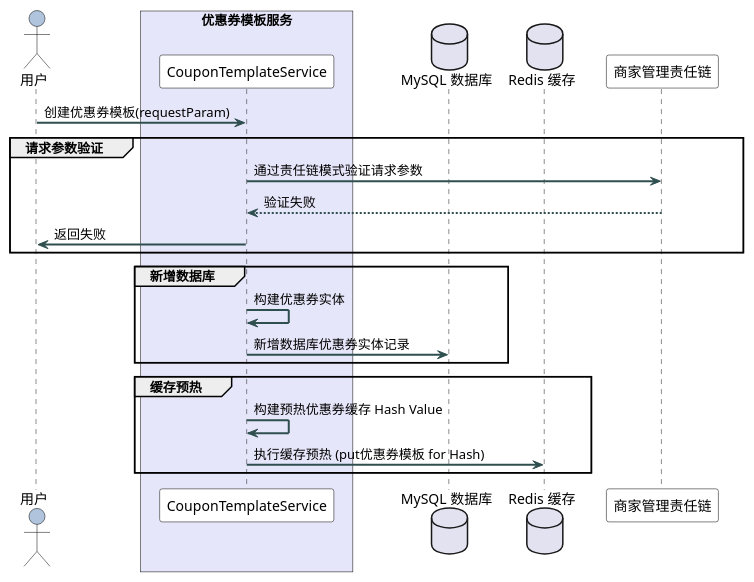
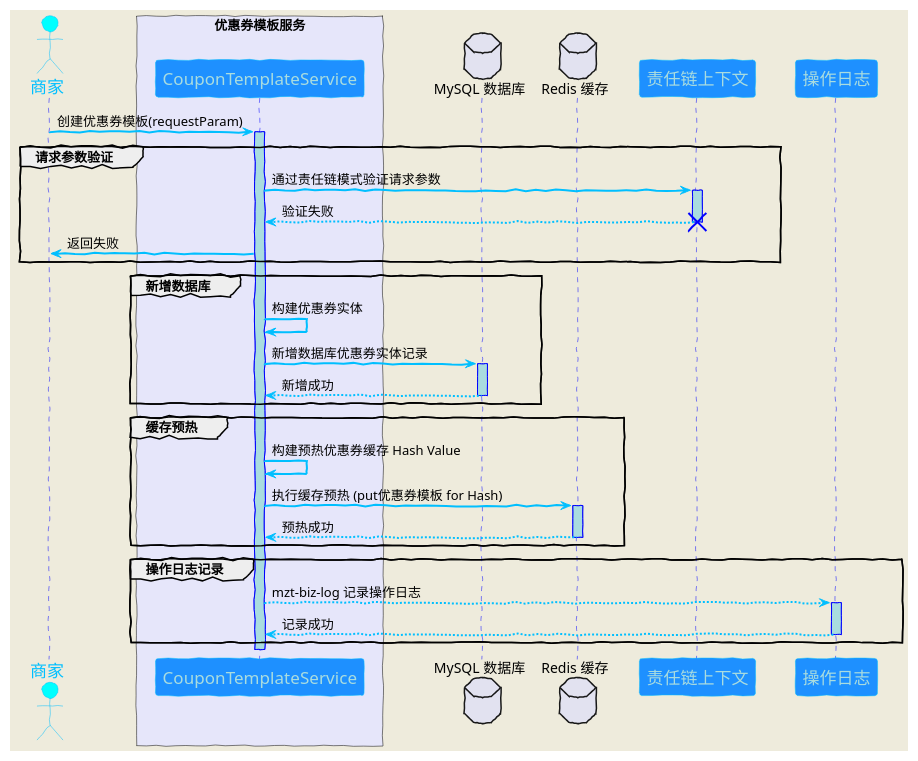
The diagram in resources/PlantUML/merchant-admin/create-coupon-template/create-coupon-template-sequence-v2.puml (Dllragon/study), drawn with PlantUML before and after one commit. The commit also changed 5 other files, not shown here.

Commit message:
other: 补充优惠券模板PlantUML用例、时序图

```diff
--- a/resources/PlantUML/merchant-admin/create-coupon-template/create-coupon-template-sequence-v2.puml
+++ b/resources/PlantUML/merchant-admin/create-coupon-template/create-coupon-template-sequence-v2.puml
@@ -1,65 +1,108 @@
 @startuml
 skinparam actorBorderColor Black
 skinparam actorBackgroundColor LightSteelBlue
 skinparam participantBorderColor Black
 skinparam participantBackgroundColor White
 skinparam sequenceArrowThickness 2
 skinparam sequenceArrowColor DarkSlateGray
 skinparam sequenceParticipantPadding 15
 skinparam sequenceBoxBorderColor Black
 skinparam sequenceBoxBackgroundColor #F0F8FF
 skinparam participantFontSize 14
 skinparam actorFontSize 14
 skinparam noteBackgroundColor #FFFFE0
 skinparam noteBorderColor Black
 skinparam boxBackgroundColor #F0FFFF
 skinparam boxBorderColor Black
+skinparam handwritten true
+skinparam backgroundColor #EEEBDC
 
-actor 用户
+skinparam sequence {
+  ArrowColor DeepSkyBlue
+  ActorBorderColor DeepSkyBlue
+  LifeLineBorderColor blue
+  LifeLineBackgroundColor #A9DCDF
+
+  ParticipantBorderColor DeepSkyBlue
+  ParticipantBackgroundColor DodgerBlue
+  ParticipantFontName Impact
+  ParticipantFontSize 17
+  ParticipantFontColor #A9DCDF
+
+  ActorBackgroundColor aqua
+  ActorFontColor DeepSkyBlue
+  ActorFontSize 17
+  ActorFontName Aapex
+}
+
+actor 商家
 
 box "优惠券模板服务" #E6E6FA
 participant "CouponTemplateService" as 服务
 end box
 
 database "MySQL 数据库" as 数据库操作
 database "Redis 缓存" as 缓存操作
 
-participant "商家管理责任链" as 责任链
+participant "责任链上下文" as 责任链
+participant "操作日志" as 操作日志
 skinparam participant {
     BackgroundColor #E6FFE6
     BorderColor Black
     FontSize 14
     FontColor Black
     BorderThickness 2
 }
+
 note right of 责任链
 end note
 
+note right of 操作日志
+end note
 
-用户 -> 服务 : 创建优惠券模板(requestParam)
-
+商家 -> 服务 : 创建优惠券模板(requestParam)
+activate 服务
 
 group 请求参数验证
     skinparam groupBorderColor #D0F0C0
     skinparam groupBackgroundColor #E6F8E0
     服务 -> 责任链 : 通过责任链模式验证请求参数
+    activate 责任链
     责任链 --> 服务 : 验证失败
-    服务 -> 用户 : 返回失败
+    destroy 责任链
+    服务 -> 商家 : 返回失败
 end group
 
 group 新增数据库
     skinparam groupBorderColor #F0E6FF
     skinparam groupBackgroundColor #F8E6FF
+    activate 服务
     服务 -> 服务 : 构建优惠券实体
     服务 -> 数据库操作 : 新增数据库优惠券实体记录
+    activate 数据库操作
+    数据库操作 --> 服务 : 新增成功
+    deactivate 数据库操作
 end group
 
 group 缓存预热
     skinparam groupBorderColor #E6F0F8
     skinparam groupBackgroundColor #E6F8F8
     服务 -> 服务 : 构建预热优惠券缓存 Hash Value
     服务 -> 缓存操作 : 执行缓存预热 (put优惠券模板 for Hash)
+    activate 缓存操作
+    缓存操作 --> 服务 : 预热成功
+    deactivate 缓存操作
 end group
 
+group 操作日志记录
+    skinparam groupBorderColor #F0F8FF
+    skinparam groupBackgroundColor #F8F8FF
+    服务 --> 操作日志 : mzt-biz-log 记录操作日志
+    activate 操作日志
+    操作日志 --> 服务 : 记录成功
+    deactivate 操作日志
+end group
+
+deactivate 服务
 
 @enduml
```
